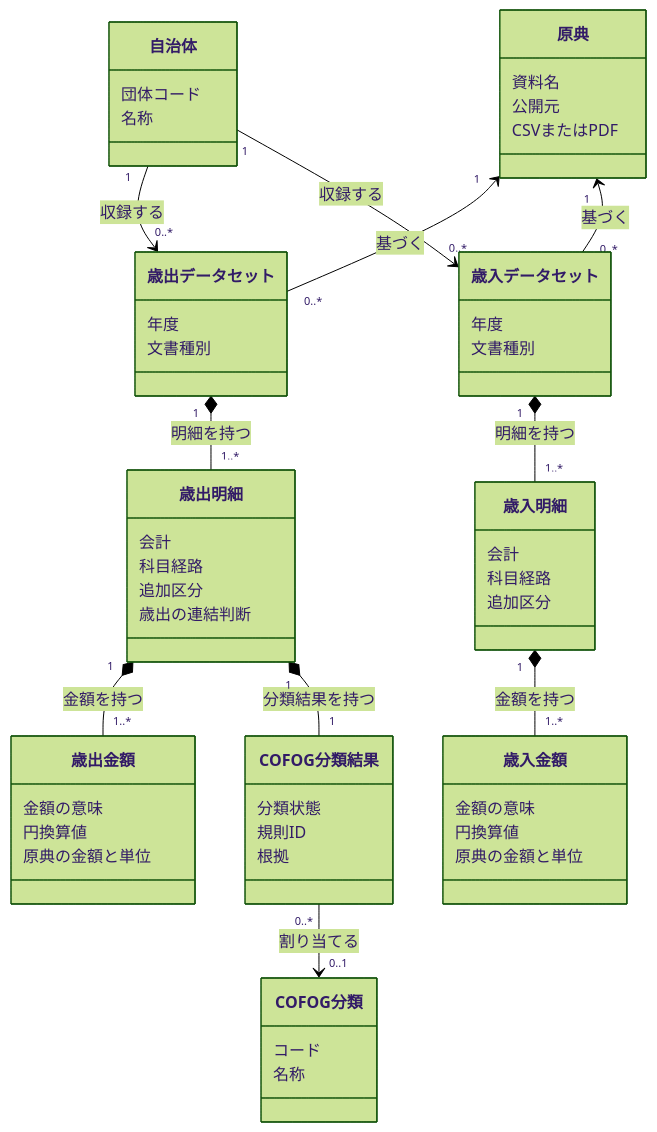
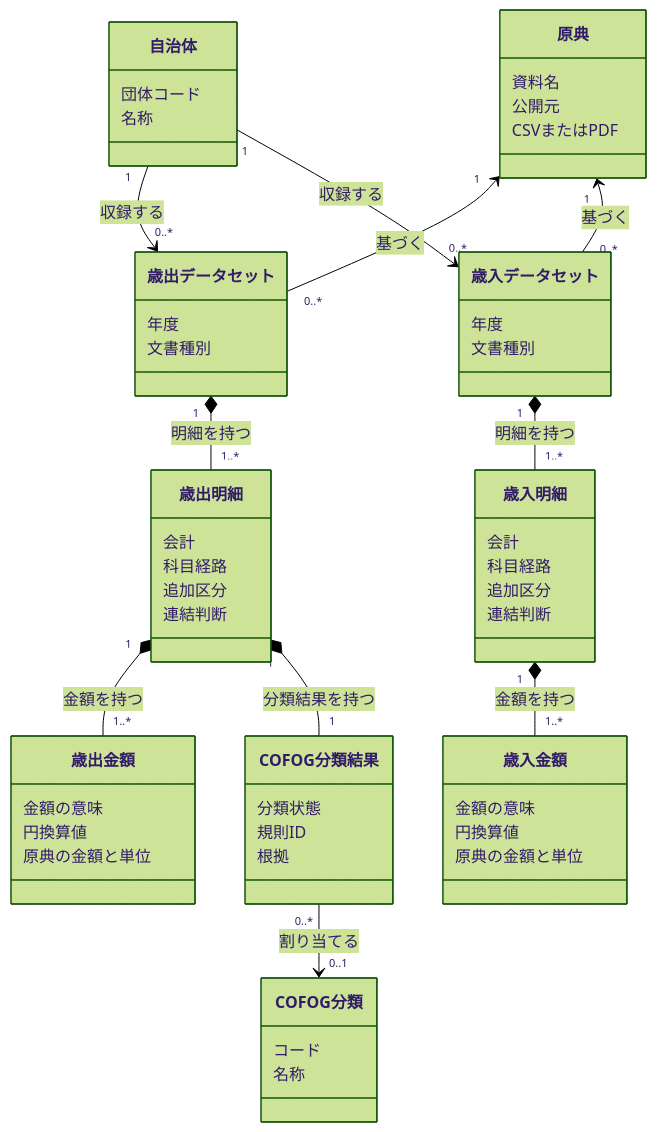
The diagram in docs/fiscal-domain-model.md (wwwyo/fudoki), drawn with Mermaid (forest theme) before and after one commit. The commit also changed other lines of this file and 1 other file, not shown here.

````diff
--- a/docs/fiscal-domain-model.md
+++ b/docs/fiscal-domain-model.md
@@ -26,61 +9,62 @@
 ```mermaid
 classDiagram
     direction TB
     class Jurisdiction["自治体"] {
         団体コード
         名称
     }
     class Origin["原典"] {
         資料名
         公開元
         CSVまたはPDF
     }
     class ExpenditureDataset["歳出データセット"] {
         年度
         文書種別
     }
     class RevenueDataset["歳入データセット"] {
         年度
         文書種別
     }
     class ExpenditureLine["歳出明細"] {
         会計
         科目経路
         追加区分
-        歳出の連結判断
+        連結判断
     }
     class RevenueLine["歳入明細"] {
         会計
         科目経路
         追加区分
+        連結判断
     }
     class ExpenditureAmount["歳出金額"] {
         金額の意味
         円換算値
         原典の金額と単位
     }
     class RevenueAmount["歳入金額"] {
         金額の意味
         円換算値
         原典の金額と単位
     }
     class CofogClassification["COFOG分類結果"] {
         分類状態
         規則ID
         根拠
     }
     class CofogCode["COFOG分類"] {
         コード
         名称
     }
     Jurisdiction "1" --> "0..*" ExpenditureDataset : 収録する
     Jurisdiction "1" --> "0..*" RevenueDataset : 収録する
     Origin "1" <-- "0..*" ExpenditureDataset : 基づく
     Origin "1" <-- "0..*" RevenueDataset : 基づく
     ExpenditureDataset "1" *-- "1..*" ExpenditureLine : 明細を持つ
     RevenueDataset "1" *-- "1..*" RevenueLine : 明細を持つ
     ExpenditureLine "1" *-- "1..*" ExpenditureAmount : 金額を持つ
     RevenueLine "1" *-- "1..*" RevenueAmount : 金額を持つ
     ExpenditureLine "1" *-- "1" CofogClassification : 分類結果を持つ
     CofogClassification "0..*" --> "0..1" CofogCode : 割り当てる
 ```
````
